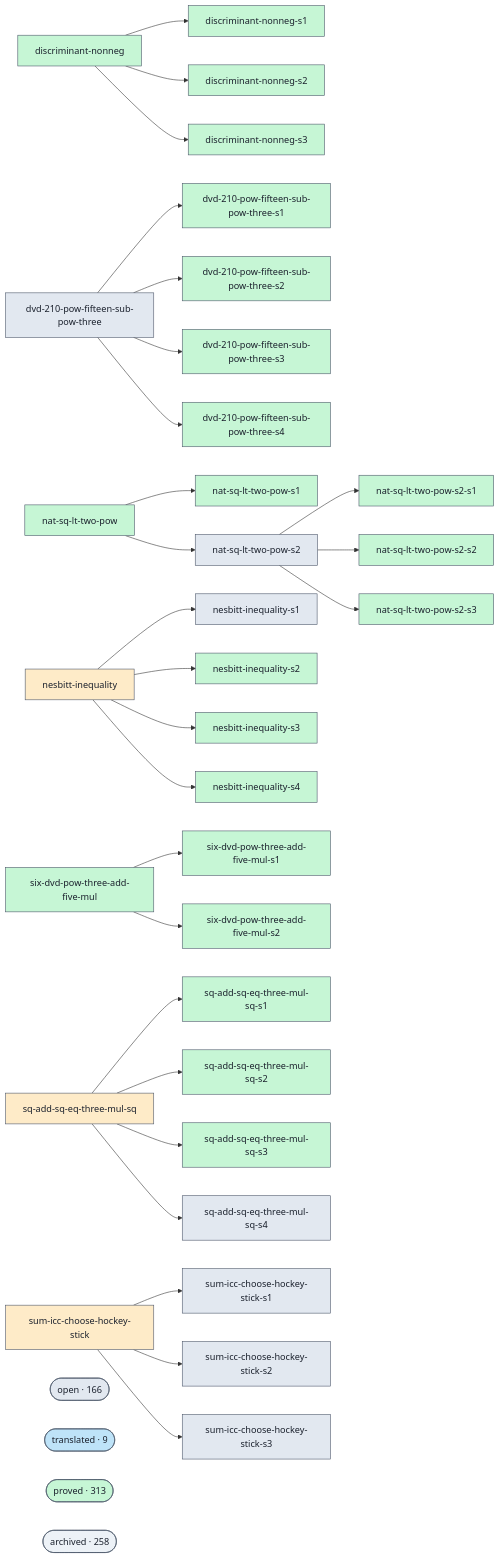
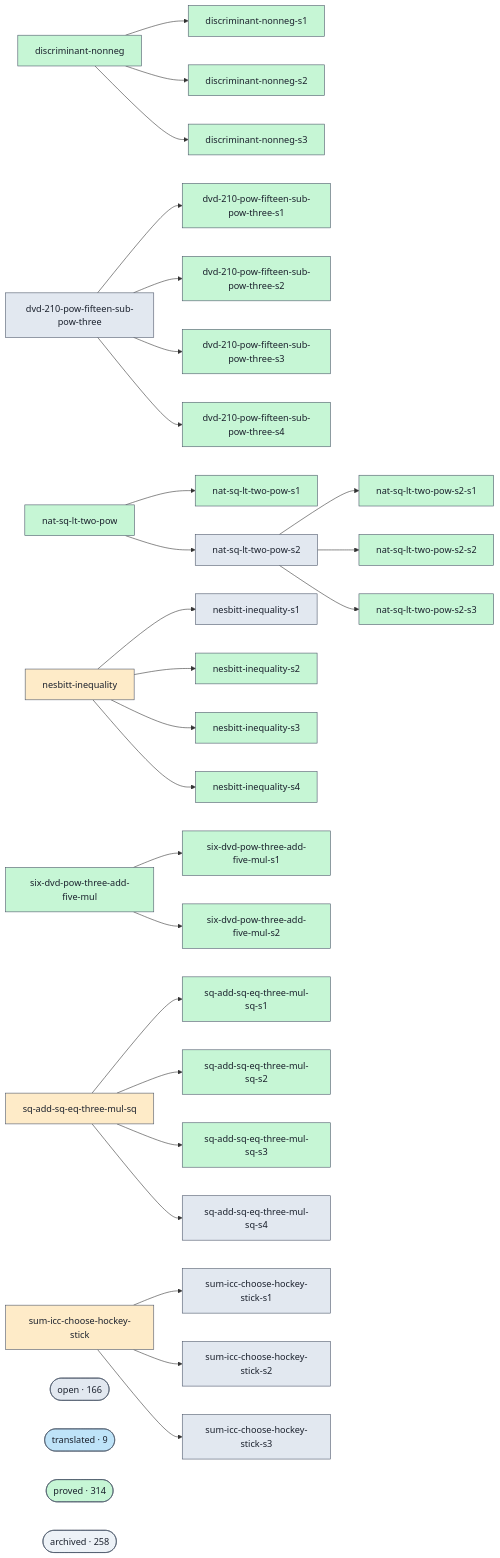
The diagram in docs/proofs-contributors-visualisation.md (Rauxon/unsorry), drawn with Mermaid before and after one commit. The commit also changed other lines of this file and 2 other files, not shown here.

```diff
--- a/docs/proofs-contributors-visualisation.md
+++ b/docs/proofs-contributors-visualisation.md
@@ -147,7 +147,7 @@
   class cluster_open open;
   cluster_translated(["translated · 9"])
   class cluster_translated translated;
-  cluster_proved(["proved · 313"])
+  cluster_proved(["proved · 314"])
   class cluster_proved proved;
   cluster_archived(["archived · 258"])
   class cluster_archived unknown;
```
